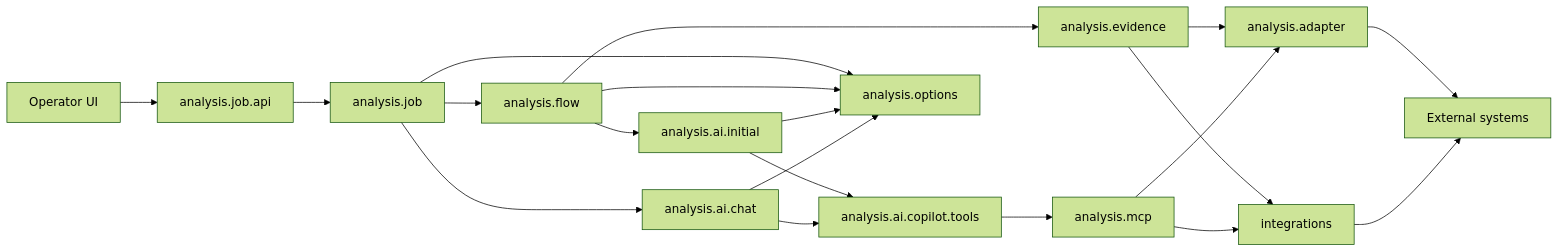
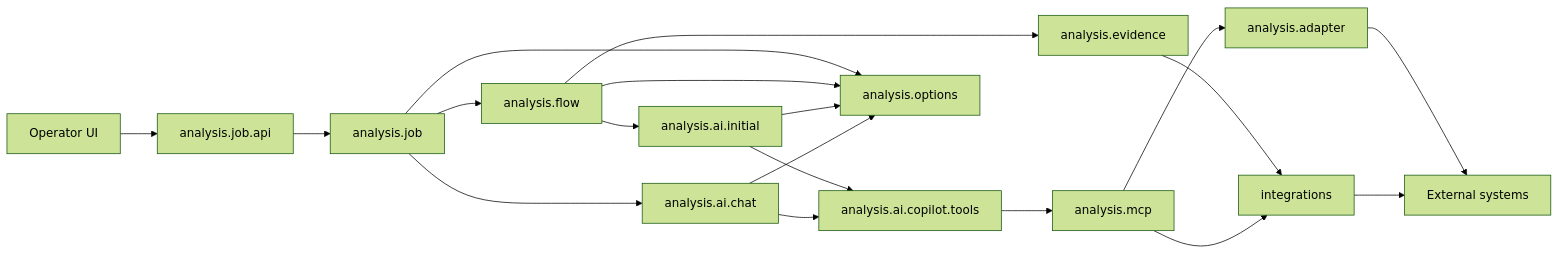
Before and after one commit to herald-assistant/incident-tracker: the first of 2 diagrams in docs/architecture/05-package-dependencies.md, drawn with Mermaid (forest theme). The commit also changed other lines of this file and 34 other files, not shown here.

````diff
--- a/docs/architecture/05-package-dependencies.md
+++ b/docs/architecture/05-package-dependencies.md
@@ -88,26 +88,25 @@
 ```mermaid
 flowchart LR
     OP["Operator UI"] --> JOBAPI["analysis.job.api"]
     JOBAPI --> JOB["analysis.job"]
     JOB --> FLOW["analysis.flow"]
 
     FLOW --> EVIDENCE["analysis.evidence"]
-    EVIDENCE --> ADAPTER["analysis.adapter"]
     EVIDENCE --> INTEGRATIONS["integrations"]
-    ADAPTER --> EXT["External systems"]
+    ADAPTER["analysis.adapter"] --> EXT["External systems"]
     INTEGRATIONS --> EXT
 
     FLOW --> INITIAL["analysis.ai.initial"]
     INITIAL --> TOOLS["analysis.ai.copilot.tools"]
     TOOLS --> MCP["analysis.mcp"]
-    MCP --> ADAPTER
+    MCP --> ADAPTER["analysis.adapter"]
     MCP --> INTEGRATIONS
 
     JOB --> CHAT
     CHAT["analysis.ai.chat"] --> TOOLS
 
     JOB --> OPTIONS["analysis.options"]
     FLOW --> OPTIONS
     INITIAL --> OPTIONS
     CHAT --> OPTIONS
 ```
````
